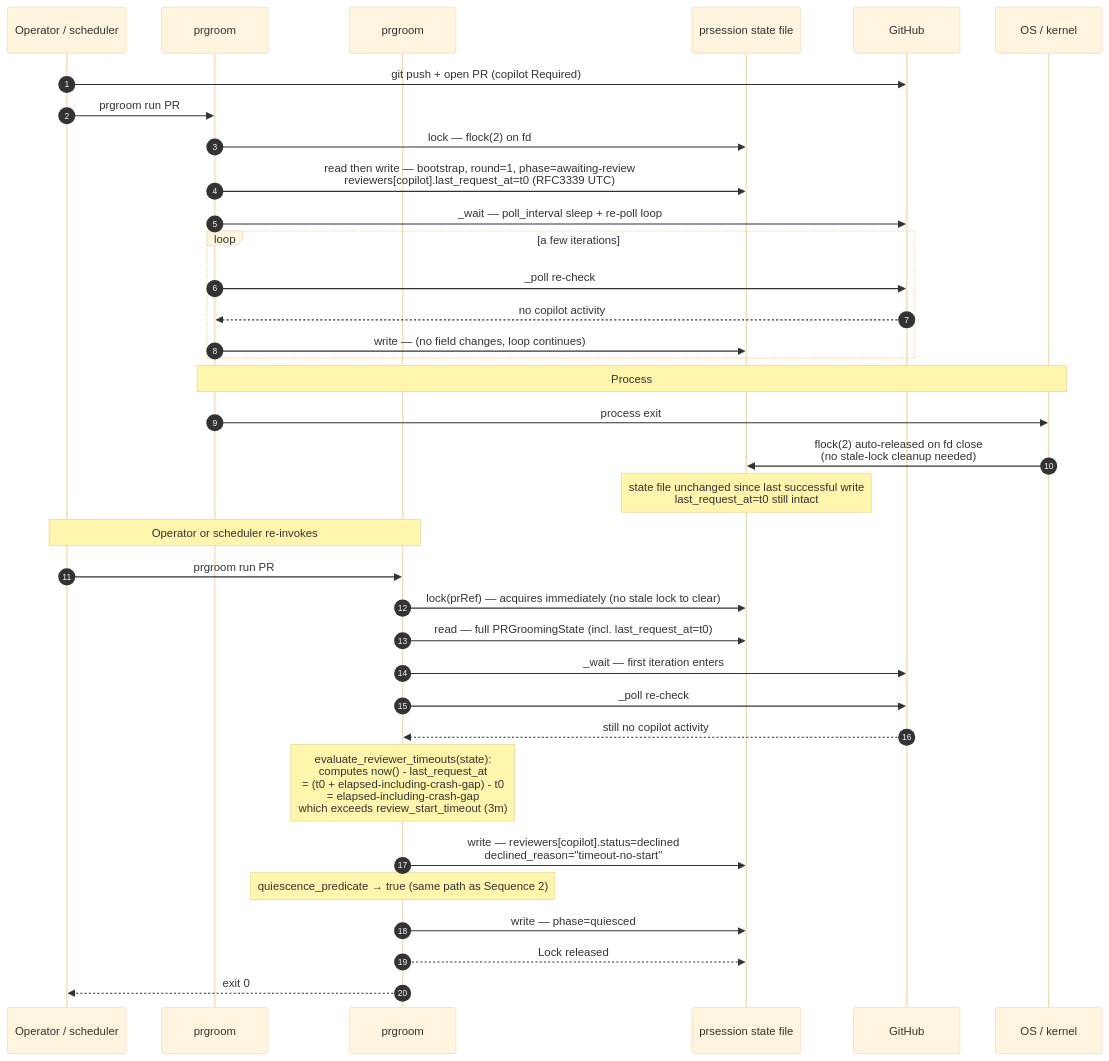
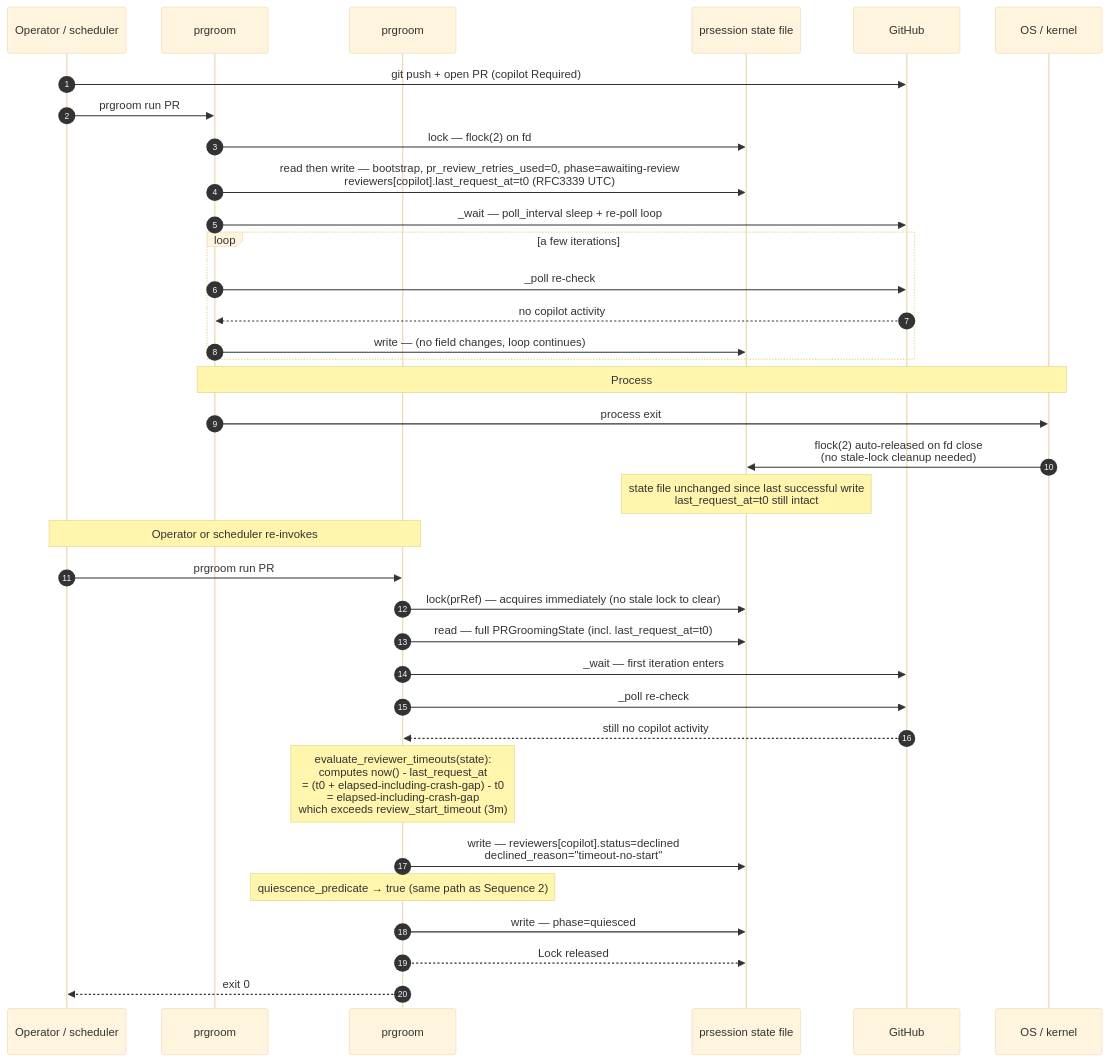
Before and after one commit to scotthamilton77/agents-config: the fourth of 4 diagrams in docs/architecture/prgroom/sequences.md, drawn with Mermaid (base theme). The commit also changed other lines of this file and 13 other files, not shown here.

````diff
--- a/docs/architecture/prgroom/sequences.md
+++ b/docs/architecture/prgroom/sequences.md
@@ -221,40 +226,40 @@
 ```mermaid
 sequenceDiagram
     autonumber
     participant Op as Operator / scheduler
     participant PG1 as prgroom #1 (first invocation)
     participant PG2 as prgroom #2 (re-invocation)
     participant State as prsession state file
     participant GH as GitHub
     participant OS as OS / kernel
 
     Op->>GH: git push + open PR (copilot Required)
     Op->>PG1: prgroom run PR
     PG1->>State: lock — flock(2) on fd
-    PG1->>State: read then write — bootstrap, round=1, phase=awaiting-review<br/>reviewers[copilot].last_request_at=t0 (RFC3339 UTC)
+    PG1->>State: read then write — bootstrap, pr_review_retries_used=0, phase=awaiting-review<br/>reviewers[copilot].last_request_at=t0 (RFC3339 UTC)
     PG1->>GH: _wait — poll_interval sleep + re-poll loop
     loop a few iterations
         PG1->>GH: _poll re-check
         GH-->>PG1: no copilot activity
         PG1->>State: write — (no field changes, loop continues)
     end
 
     Note over PG1,OS: Process #1 dies mid-wait (kill -9 / OOM / panic / power)
     PG1->>OS: process exit
     OS->>State: flock(2) auto-released on fd close<br/>(no stale-lock cleanup needed)
     Note over State: state file unchanged since last successful write<br/>last_request_at=t0 still intact
 
     Note over Op,PG2: Operator or scheduler re-invokes
     Op->>PG2: prgroom run PR
     PG2->>State: lock(prRef) — acquires immediately (no stale lock to clear)
     PG2->>State: read — full PRGroomingState (incl. last_request_at=t0)
     PG2->>GH: _wait — first iteration enters
     PG2->>GH: _poll re-check
     GH-->>PG2: still no copilot activity
     Note over PG2: evaluate_reviewer_timeouts(state):<br/>computes now() - last_request_at<br/>= (t0 + elapsed-including-crash-gap) - t0<br/>= elapsed-including-crash-gap<br/>which exceeds review_start_timeout (3m)
     PG2->>State: write — reviewers[copilot].status=declined<br/>declined_reason="timeout-no-start"
     Note over PG2: quiescence_predicate → true (same path as Sequence 2)
     PG2->>State: write — phase=quiesced
     PG2-->>State: Lock released
     PG2-->>Op: exit 0
 ```
````
